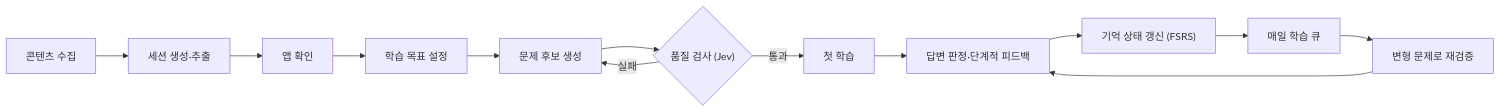
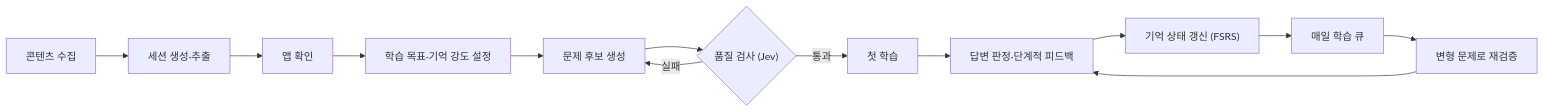
Before and after one commit to minsuk330/dam-da: the first of 2 diagrams in docs/spec/ai-conversation-learning-review-platform.md, drawn with Mermaid. The commit also changed other lines of this file and 2 other files, not shown here.

````diff
--- a/docs/spec/ai-conversation-learning-review-platform.md
+++ b/docs/spec/ai-conversation-learning-review-platform.md
@@ -418,15 +442,15 @@
 ```mermaid
 flowchart LR
     A[콘텐츠 수집] --> B[세션 생성·추출]
     B --> C[앱 확인]
-    C --> D[학습 목표 설정]
+    C --> D[학습 목표·기억 강도 설정]
     D --> E[문제 후보 생성]
     E --> F{"품질 검사 (Jev)"}
     F -->|실패| E
     F -->|통과| G[첫 학습]
     G --> H[답변 판정·단계적 피드백]
     H --> I["기억 상태 갱신 (FSRS)"]
     I --> J[매일 학습 큐]
     J --> K[변형 문제로 재검증]
     K --> H
 ```
````
